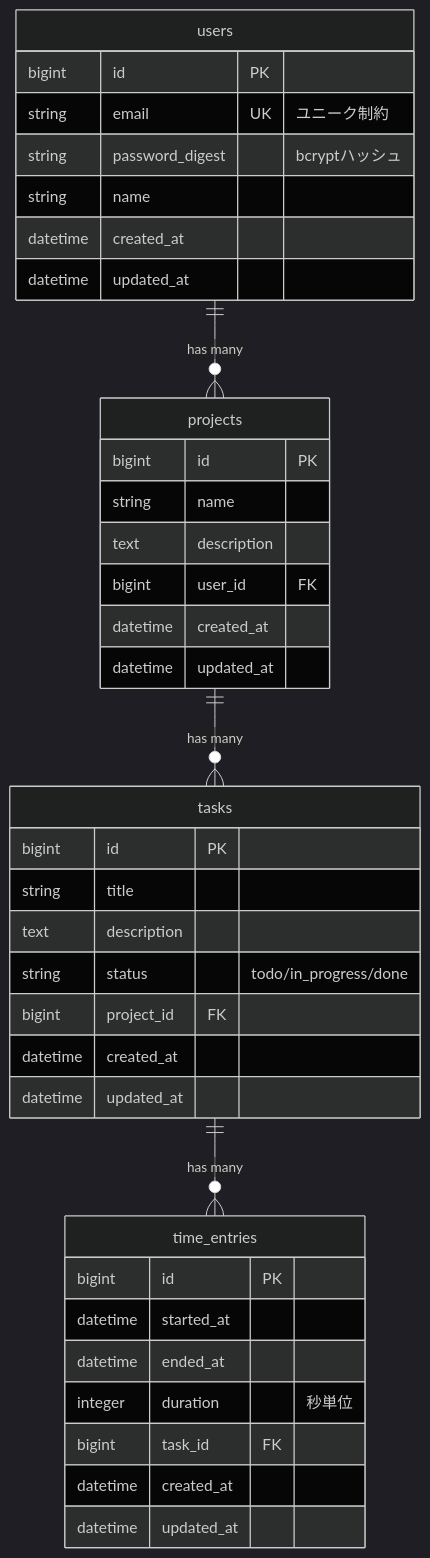
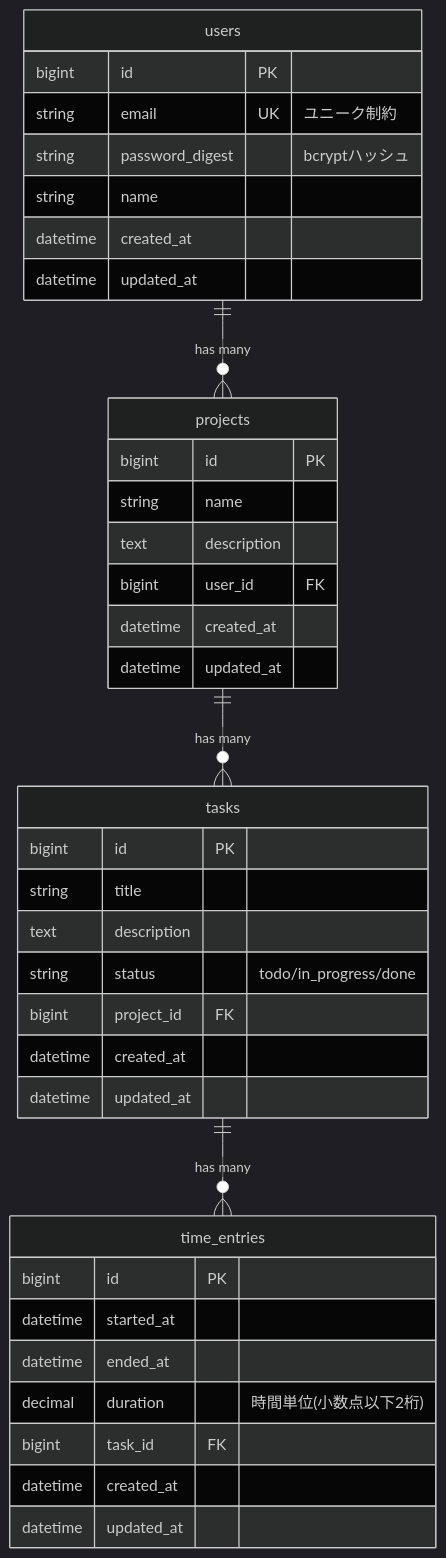
One commit to ruito-dev/freelance-time-tracker changed the diagram in docs/database-design.md. Above: the diagram before and after it, drawn with Mermaid (dark theme). The commit also changed other lines of this file and 42 other files, not shown here.

````diff
--- a/docs/database-design.md
+++ b/docs/database-design.md
@@ -5,44 +5,44 @@
 ```mermaid
 erDiagram
     users ||--o{ projects : "has many"
     projects ||--o{ tasks : "has many"
     tasks ||--o{ time_entries : "has many"
     
     users {
         bigint id PK
         string email UK "ユニーク制約"
         string password_digest "bcryptハッシュ"
         string name
         datetime created_at
         datetime updated_at
     }
     
     projects {
         bigint id PK
         string name
         text description
         bigint user_id FK
         datetime created_at
         datetime updated_at
     }
     
     tasks {
         bigint id PK
         string title
         text description
         string status "todo/in_progress/done"
         bigint project_id FK
         datetime created_at
         datetime updated_at
     }
     
     time_entries {
         bigint id PK
         datetime started_at
         datetime ended_at
-        integer duration "秒単位"
+        decimal duration "時間単位(小数点以下2桁)"
         bigint task_id FK
         datetime created_at
         datetime updated_at
     }
 ```
````
